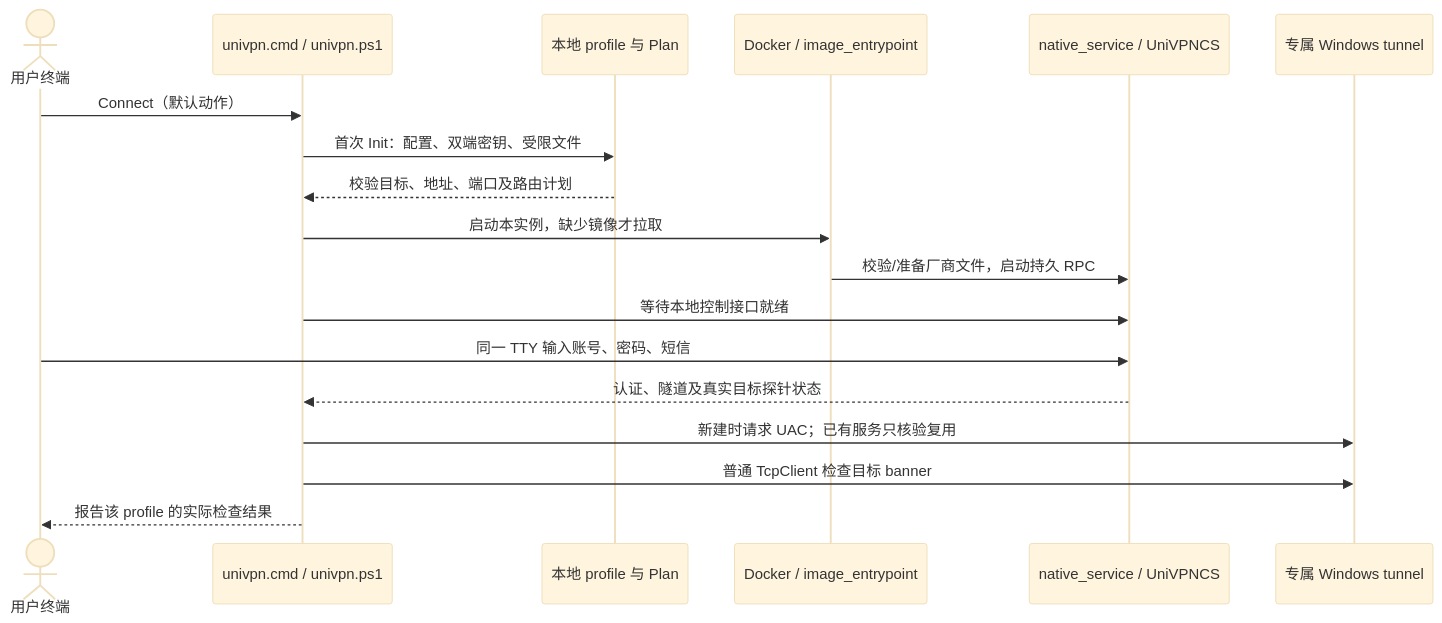
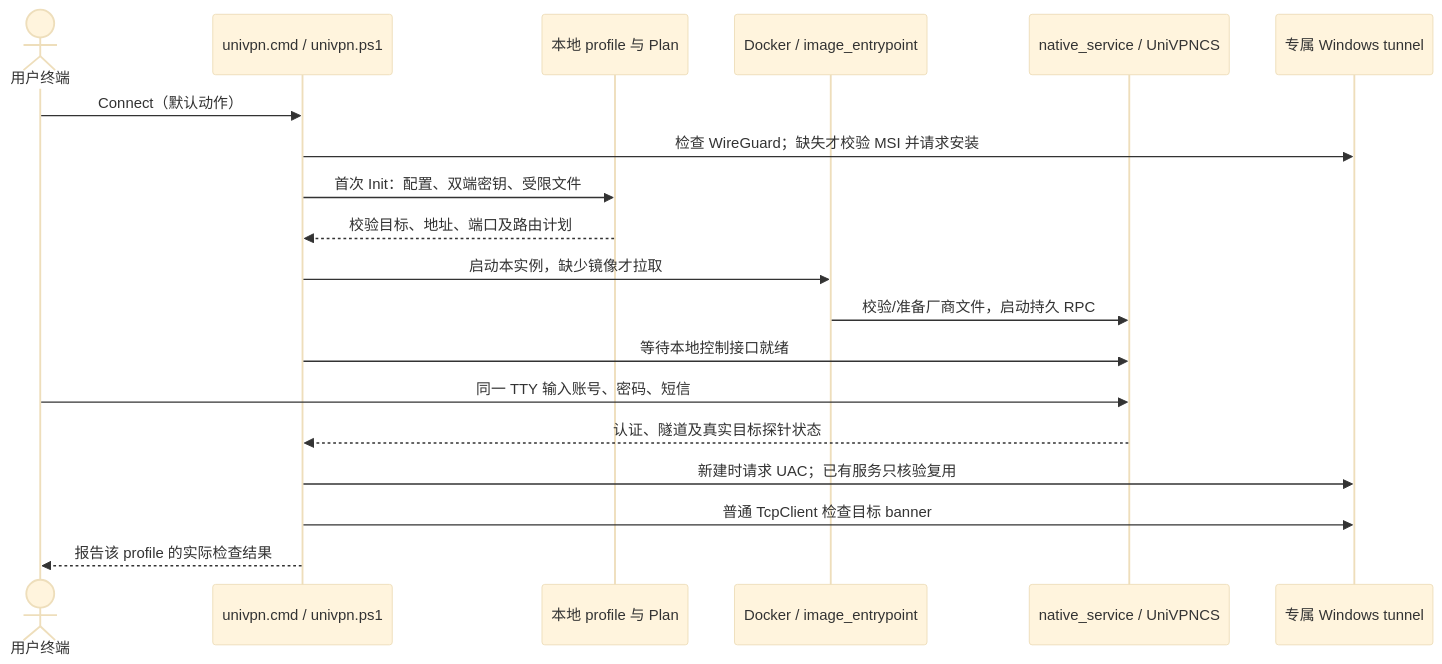
Before and after one commit to JavaZeroo/univpn-docker-gateway: the third of 4 diagrams in docs/architecture.md, drawn with Mermaid (base theme). The commit also changed other lines of this file and 16 other files, not shown here.

````diff
--- a/docs/architecture.md
+++ b/docs/architecture.md
@@ -51,20 +59,21 @@
 ```mermaid
 sequenceDiagram
     actor User as 用户终端
     participant Client as univpn.cmd / univpn.ps1
     participant Profile as 本地 profile 与 Plan
     participant Docker as Docker / image_entrypoint
     participant Service as native_service / UniVPNCS
     participant Windows as 专属 Windows tunnel
     User->>Client: Connect（默认动作）
+    Client->>Windows: 检查 WireGuard；缺失才校验 MSI 并请求安装
     Client->>Profile: 首次 Init：配置、双端密钥、受限文件
     Profile-->>Client: 校验目标、地址、端口及路由计划
     Client->>Docker: 启动本实例，缺少镜像才拉取
     Docker->>Service: 校验/准备厂商文件，启动持久 RPC
     Client->>Service: 等待本地控制接口就绪
     User->>Service: 同一 TTY 输入账号、密码、短信
     Service-->>Client: 认证、隧道及真实目标探针状态
     Client->>Windows: 新建时请求 UAC；已有服务只核验复用
     Client->>Windows: 普通 TcpClient 检查目标 banner
     Client-->>User: 报告该 profile 的实际检查结果
 ```
````
